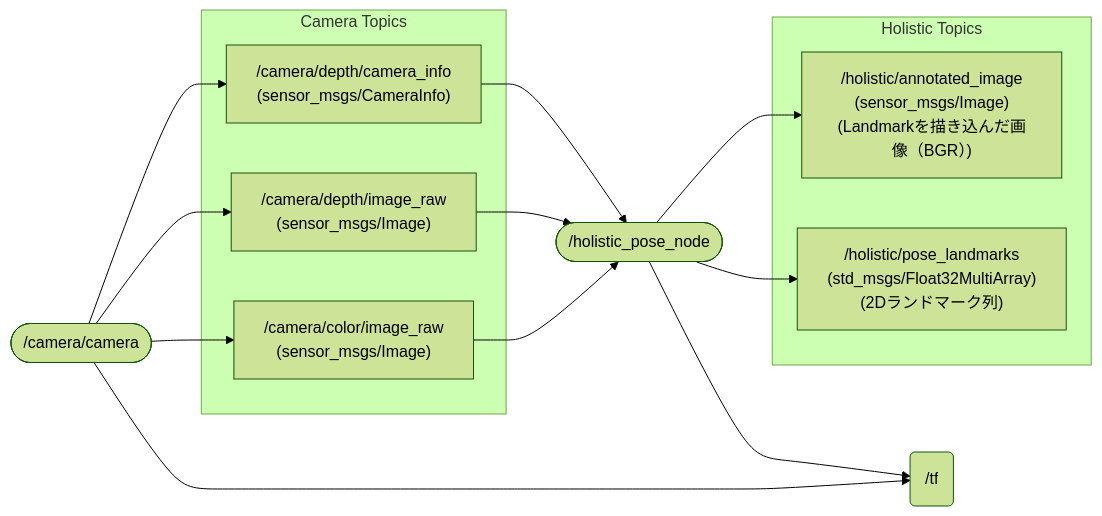
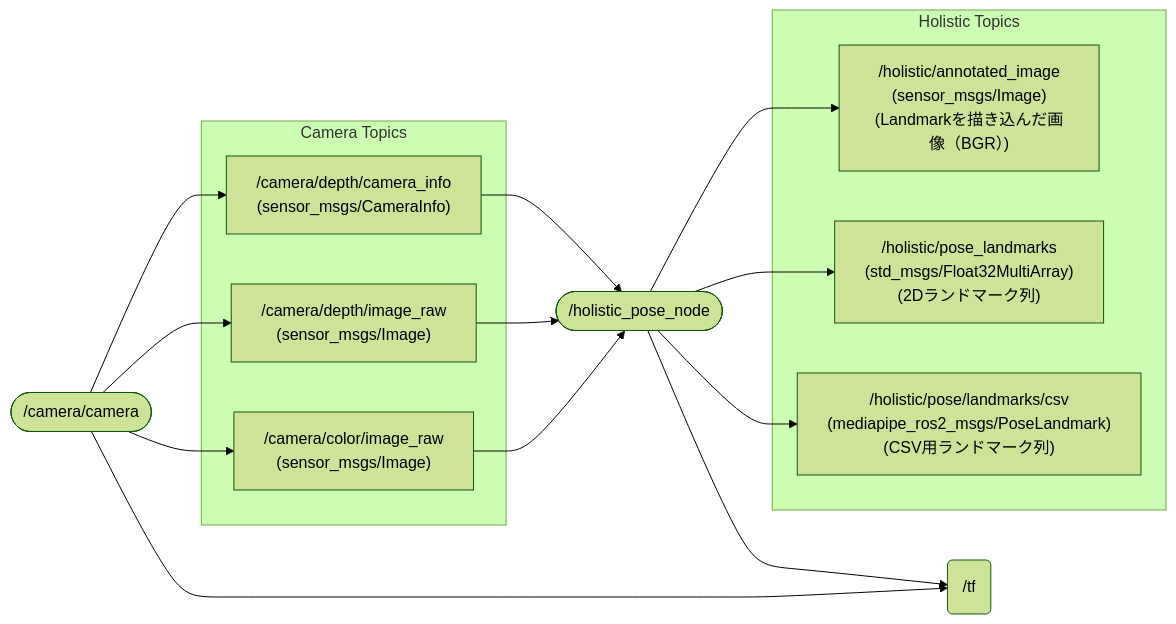
Before and after one commit to iHaruruki/mediapipe_ros2: the diagram in README.md, drawn with Mermaid (forest theme).

````diff
--- a/README.md
+++ b/README.md
@@ -6,35 +6,37 @@
 ```mermaid
 flowchart LR
   %% Camera Node
   CARERA([/camera/camera])
   TF(/tf)
 
   %% ---------- Input topics ----------
   subgraph Camera Topics
     CIMG["/camera/color/image_raw<br/>(sensor_msgs/Image)"]
     DIMG["/camera/depth/image_raw<br/>(sensor_msgs/Image)"]
     DINFO["/camera/depth/camera_info<br/>(sensor_msgs/CameraInfo)"]
   end
 
   CARERA --> CIMG
   CARERA --> DIMG
   CARERA --> DINFO
   CARERA --> TF
 
   %% ---------- Node ----------
   NODE([/holistic_pose_node])
 
   CIMG --> NODE
   DIMG --> NODE
   DINFO --> NODE
   NODE --> TF
 
   %% ---------- Output topics ----------
   subgraph Holistic Topics
     ANN["/holistic/annotated_image<br/>(sensor_msgs/Image)<br/>(Landmarkを描き込んだ画像（BGR）)"]
     LM["/holistic/pose_landmarks<br/>(std_msgs/Float32MultiArray)(2Dランドマーク列)"]
+    CSV["/holistic/pose/landmarks/csv<br/>(mediapipe_ros2_msgs/PoseLandmark)(CSV用ランドマーク列)"]
   end
 
   NODE --> ANN
   NODE --> LM
+  NODE --> CSV
 ```
````
